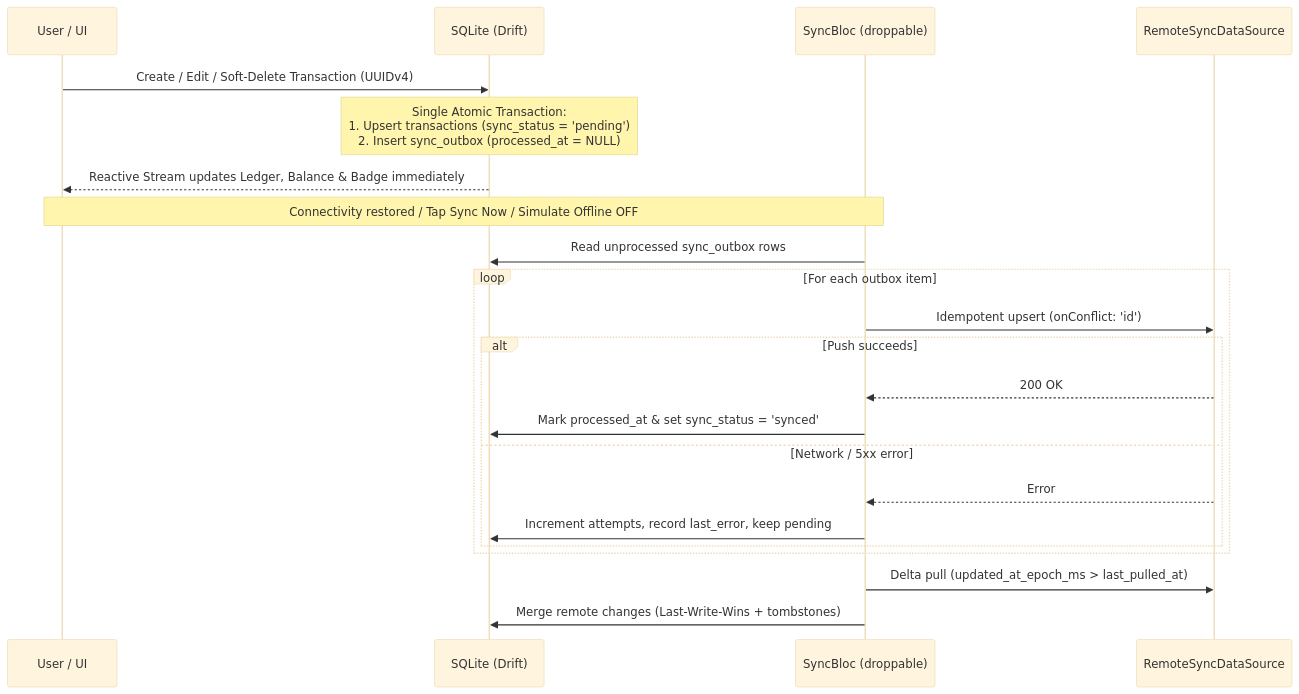
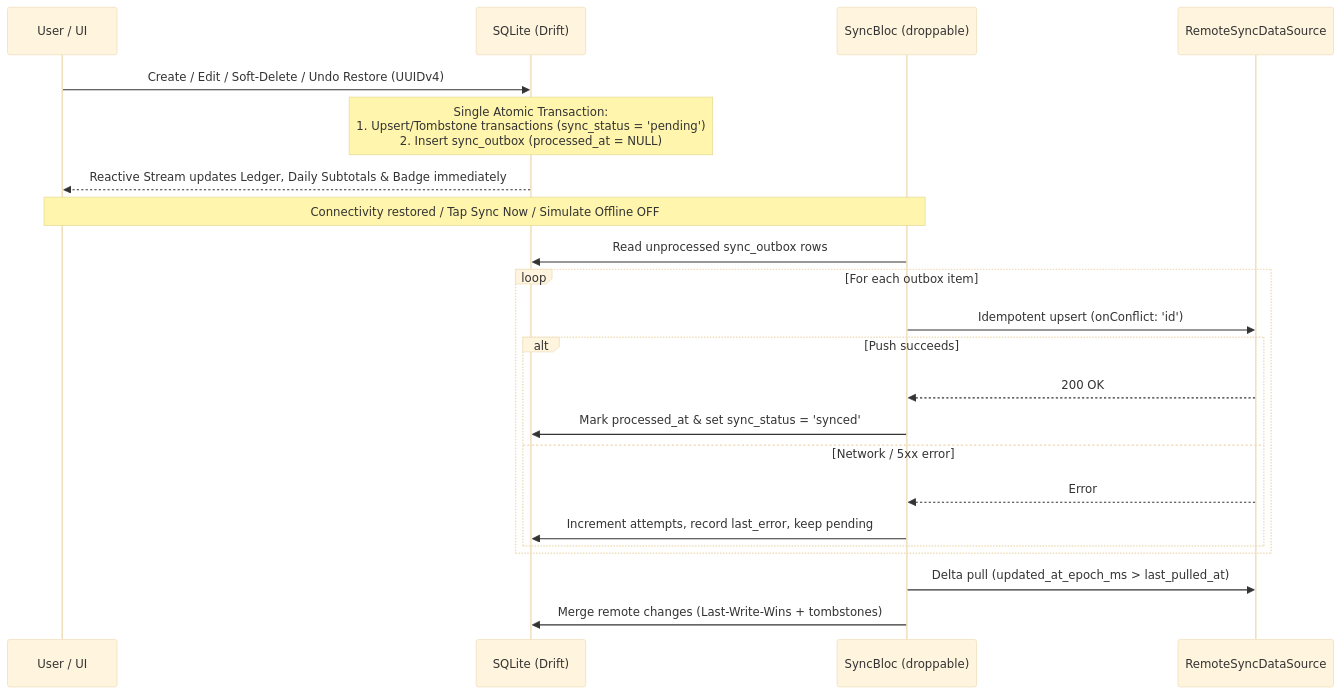
One commit to bachiep/ledgerflow-flutter changed the second of 2 diagrams in README.md. Above: the diagram before and after it, drawn with Mermaid (base theme). The commit also changed other lines of this file and 39 other files, not shown here.

````diff
--- a/README.md
+++ b/README.md
@@ -37,26 +38,26 @@
 ```mermaid
 sequenceDiagram
     participant U as User / UI
     participant DB as SQLite (Drift)
     participant SB as SyncBloc (droppable)
     participant API as RemoteSyncDataSource
 
-    U->>DB: Create / Edit / Soft-Delete Transaction (UUIDv4)
-    Note over DB: Single Atomic Transaction:<br/>1. Upsert transactions (sync_status = 'pending')<br/>2. Insert sync_outbox (processed_at = NULL)
-    DB-->>U: Reactive Stream updates Ledger, Balance & Badge immediately
+    U->>DB: Create / Edit / Soft-Delete / Undo Restore (UUIDv4)
+    Note over DB: Single Atomic Transaction:<br/>1. Upsert/Tombstone transactions (sync_status = 'pending')<br/>2. Insert sync_outbox (processed_at = NULL)
+    DB-->>U: Reactive Stream updates Ledger, Daily Subtotals & Badge immediately
 
     Note over U,SB: Connectivity restored / Tap Sync Now / Simulate Offline OFF
     SB->>DB: Read unprocessed sync_outbox rows
     loop For each outbox item
         SB->>API: Idempotent upsert (onConflict: 'id')
         alt Push succeeds
             API-->>SB: 200 OK
             SB->>DB: Mark processed_at & set sync_status = 'synced'
         else Network / 5xx error
             API-->>SB: Error
             SB->>DB: Increment attempts, record last_error, keep pending
         end
     end
     SB->>API: Delta pull (updated_at_epoch_ms > last_pulled_at)
     SB->>DB: Merge remote changes (Last-Write-Wins + tombstones)
 ```
````
